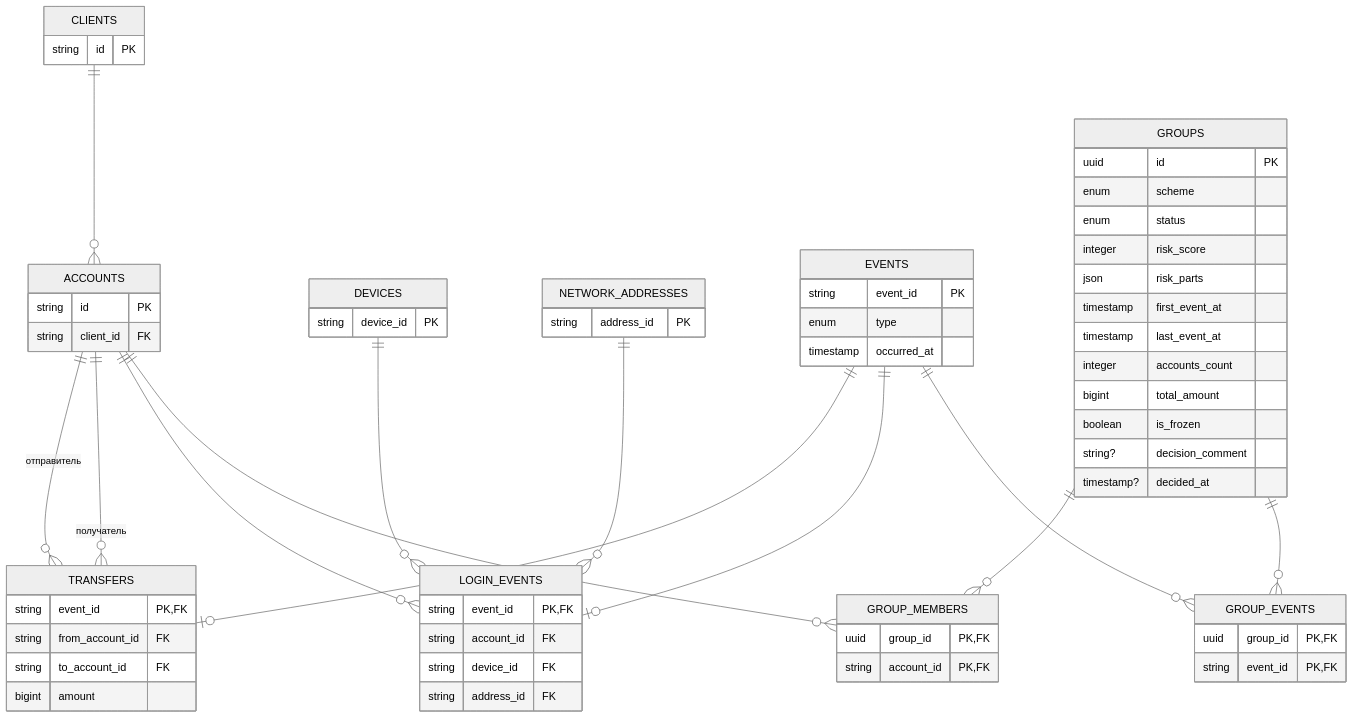
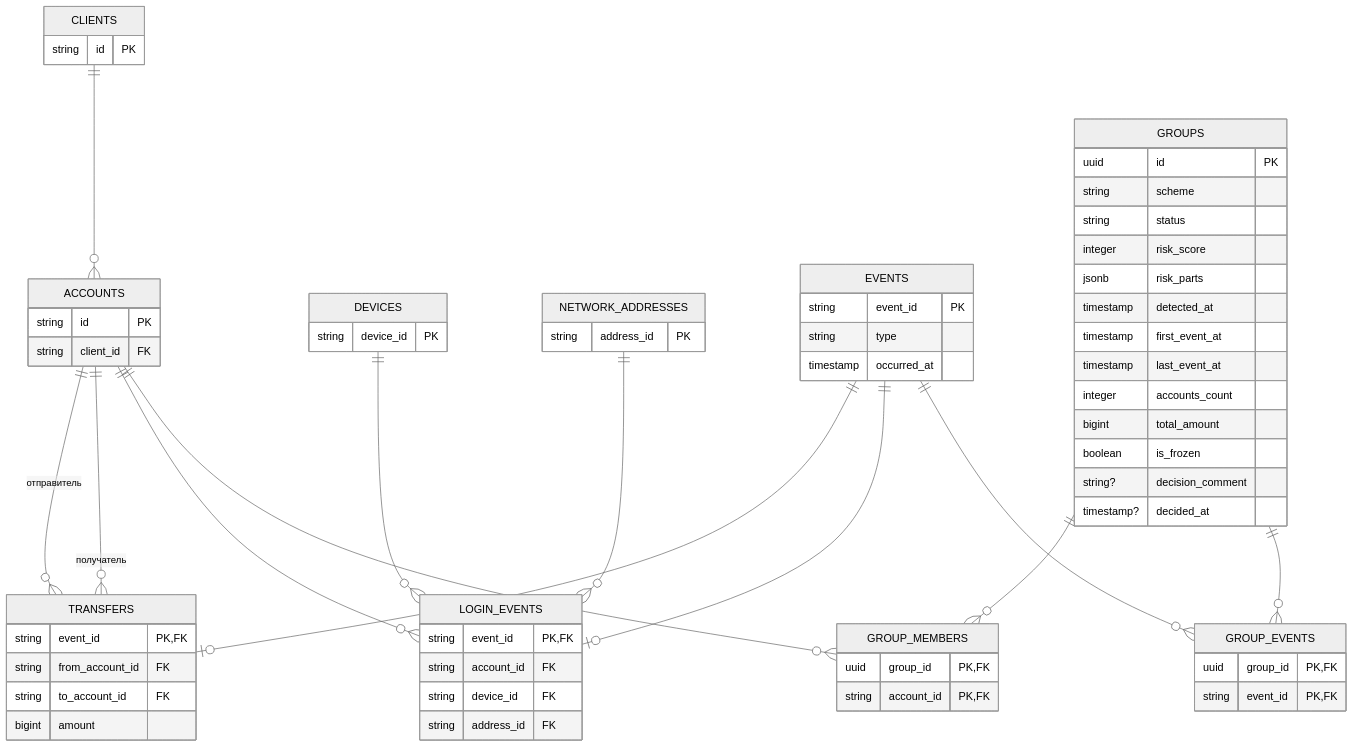
The diagram in docs/entities.md (feytox/shugraph), drawn with Mermaid (neutral theme) before and after one commit. The commit also changed other lines of this file, not shown here.

````diff
--- a/docs/entities.md
+++ b/docs/entities.md
@@ -5,67 +5,68 @@
 ```mermaid
 erDiagram
     CLIENTS {
         string id PK
     }
     ACCOUNTS {
         string id PK
         string client_id FK
     }
     DEVICES {
         string device_id PK
     }
     NETWORK_ADDRESSES {
         string address_id PK
     }
     EVENTS {
         string event_id PK
-        enum type
+        string type
         timestamp occurred_at
     }
     TRANSFERS {
         string event_id PK, FK
         string from_account_id FK
         string to_account_id FK
         bigint amount
     }
     LOGIN_EVENTS {
         string event_id PK, FK
         string account_id FK
         string device_id FK
         string address_id FK
     }
     GROUPS {
         uuid id PK
-        enum scheme
-        enum status
+        string scheme
+        string status
         integer risk_score
-        json risk_parts
+        jsonb risk_parts
+        timestamp detected_at
         timestamp first_event_at
         timestamp last_event_at
         integer accounts_count
         bigint total_amount
         boolean is_frozen
         string? decision_comment
         timestamp? decided_at
     }
     GROUP_MEMBERS {
         uuid group_id PK, FK
         string account_id PK, FK
     }
     GROUP_EVENTS {
         uuid group_id PK, FK
         string event_id PK, FK
     }
     CLIENTS ||--o{ ACCOUNTS : " "
     ACCOUNTS ||--o{ TRANSFERS : "отправитель"
     ACCOUNTS ||--o{ TRANSFERS : "получатель"
     EVENTS ||--o| TRANSFERS : " "
     EVENTS ||--o| LOGIN_EVENTS : " "
     ACCOUNTS ||--o{ LOGIN_EVENTS : " "
     DEVICES ||--o{ LOGIN_EVENTS : " "
     NETWORK_ADDRESSES ||--o{ LOGIN_EVENTS : " "
     GROUPS ||--o{ GROUP_MEMBERS : " "
     ACCOUNTS ||--o{ GROUP_MEMBERS : " "
     GROUPS ||--o{ GROUP_EVENTS : " "
     EVENTS ||--o{ GROUP_EVENTS : " "
 ```
````
